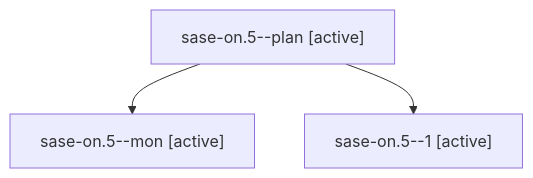
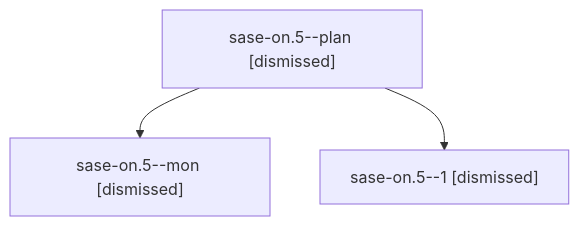
Before and after one commit to sase-org/sase--agents: the diagram in sessions/bbugyi200.athena.sase-on.5.md, drawn with Mermaid. The commit also changed other lines of this file and 120 other files, not shown here.

````diff
--- a/sessions/bbugyi200.athena.sase-on.5.md
+++ b/sessions/bbugyi200.athena.sase-on.5.md
@@ -9,8 +9,8 @@
 ```mermaid
 flowchart TD
-  n0["sase-on.5--plan [active]"]
-  n1["sase-on.5--mon [active]"]
+  n0["sase-on.5--plan [dismissed]"]
+  n1["sase-on.5--mon [dismissed]"]
   n0 --> n1
-  n2["sase-on.5--1 [active]"]
+  n2["sase-on.5--1 [dismissed]"]
   n0 --> n2
 ```
````
